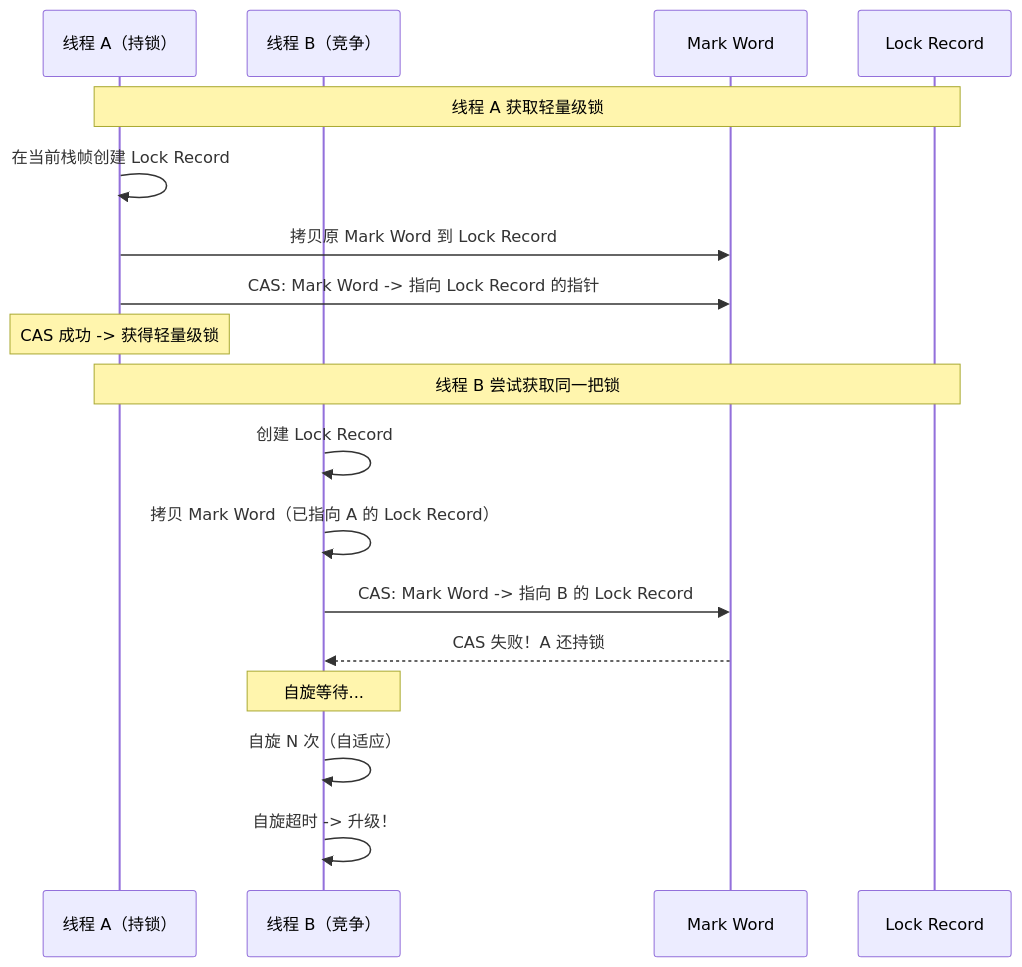
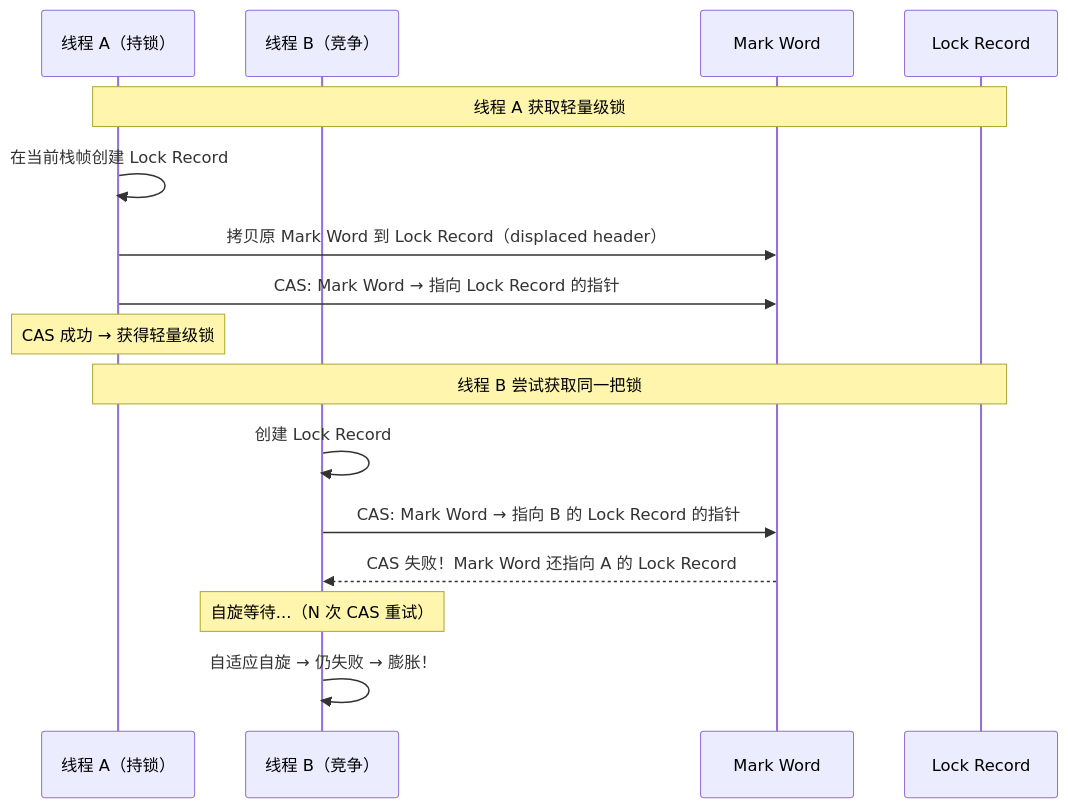
The fourth of 6 diagrams in content/posts/并发编程/synchronized锁升级全链路——从对象头到重量级锁.md (guozy502/my-tech-blog), drawn with Mermaid before and after one commit. The commit also changed other lines of this file and 52 other files, not shown here.

````diff
--- a/content/posts/并发编程/synchronized锁升级全链路——从对象头到重量级锁.md
+++ b/content/posts/并发编程/synchronized锁升级全链路——从对象头到重量级锁.md
@@ -147,23 +202,21 @@
 ```mermaid
 sequenceDiagram
     participant T1 as 线程 A（持锁）
     participant T2 as 线程 B（竞争）
     participant MW as Mark Word
     participant LR as Lock Record
     
     Note over T1,LR: 线程 A 获取轻量级锁
     T1->>T1: 在当前栈帧创建 Lock Record
-    T1->>MW: 拷贝原 Mark Word 到 Lock Record
-    T1->>MW: CAS: Mark Word -> 指向 Lock Record 的指针
-    Note over T1: CAS 成功 -> 获得轻量级锁
+    T1->>MW: 拷贝原 Mark Word 到 Lock Record（displaced header）
+    T1->>MW: CAS: Mark Word → 指向 Lock Record 的指针
+    Note over T1: CAS 成功 → 获得轻量级锁
     
     Note over T1,LR: 线程 B 尝试获取同一把锁
     T2->>T2: 创建 Lock Record
-    T2->>T2: 拷贝 Mark Word（已指向 A 的 Lock Record）
-    T2->>MW: CAS: Mark Word -> 指向 B 的 Lock Record
-    MW-->>T2: CAS 失败！A 还持锁
+    T2->>MW: CAS: Mark Word → 指向 B 的 Lock Record 的指针
+    MW-->>T2: CAS 失败！Mark Word 还指向 A 的 Lock Record
     
-    Note over T2: 自旋等待...
-    T2->>T2: 自旋 N 次（自适应）
-    T2->>T2: 自旋超时 -> 升级！
+    Note over T2: 自旋等待...（N 次 CAS 重试）
+    T2->>T2: 自适应自旋 → 仍失败 → 膨胀！
 ```
````
